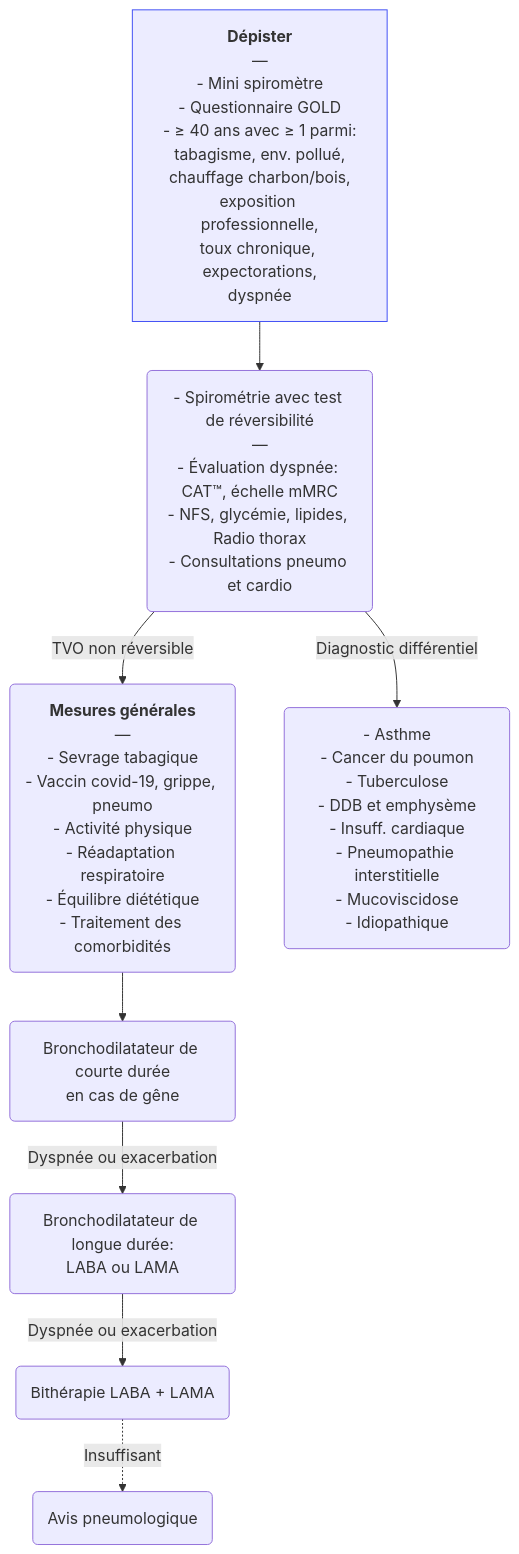
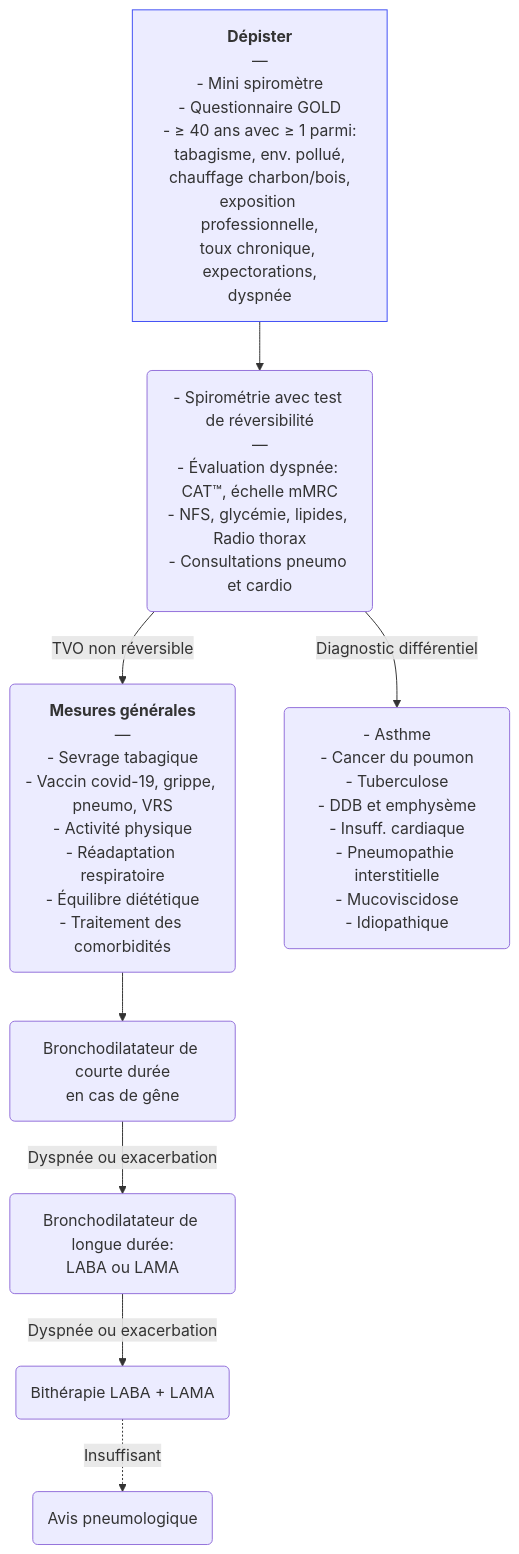
One commit to djibe/recommandations-medicales changed the diagram in content/recommandations/bronchopneumopathie-chronique-obstructive.md. Above: the diagram before and after it, drawn with Mermaid. The commit also changed other lines of this file and 28 other files, not shown here.

```diff
--- a/content/recommandations/bronchopneumopathie-chronique-obstructive.md
+++ b/content/recommandations/bronchopneumopathie-chronique-obstructive.md
@@ -585,11 +584,11 @@
 {{< mermaid title="Prise en charge de la BPCO, diagnostique et thérapeutique. Dr JB Fron d'après SPLF, ERS et GOLD 2023" >}}
 graph TB
   depister["<b>Dépister</b><br>—<br>- Mini spiromètre<br>- Questionnaire GOLD<br>- ≥ 40 ans avec ≥ 1 parmi:<br>tabagisme, env. pollué,<br>chauffage charbon/bois,<br>exposition professionnelle,<br>toux chronique, expectorations,<br>dyspnée"]
   style depister stroke:#4150f5, stroke-width:1px
     depister --> spirometrie("- Spirométrie avec test de réversibilité<br>—<br>- Évaluation dyspnée: CAT™, échelle mMRC<br>- NFS, glycémie, lipides, Radio thorax<br>- Consultations pneumo et cardio")
-      spirometrie -- TVO non réversible --> rhd("<b>Mesures générales</b><br>—<br>- Sevrage tabagique<br>- Vaccin covid-19, grippe, pneumo<br>- Activité physique<br>- Réadaptation respiratoire<br>- Équilibre diététique<br>- Traitement des comorbidités")
+      spirometrie -- TVO non réversible --> rhd("<b>Mesures générales</b><br>—<br>- Sevrage tabagique<br>- Vaccin covid-19, grippe, pneumo, VRS<br>- Activité physique<br>- Réadaptation respiratoire<br>- Équilibre diététique<br>- Traitement des comorbidités")
         rhd --> bdca("Bronchodilatateur de courte durée<br>en cas de gêne")
           bdca -- Dyspnée ou exacerbation --> bdla("Bronchodilatateur de longue durée:<br>LABA ou LAMA")
             bdla -- Dyspnée ou exacerbation --> bitherapie(Bithérapie LABA + LAMA) -. Insuffisant .-> pneumologue(Avis pneumologique)
       spirometrie -- Diagnostic différentiel --> differentiel("- Asthme<br>- Cancer du poumon<br>- Tuberculose<br>- DDB et emphysème<br>- Insuff. cardiaque<br>- Pneumopathie interstitielle<br>- Mucoviscidose<br>- Idiopathique")
 {{< /mermaid >}}
```
